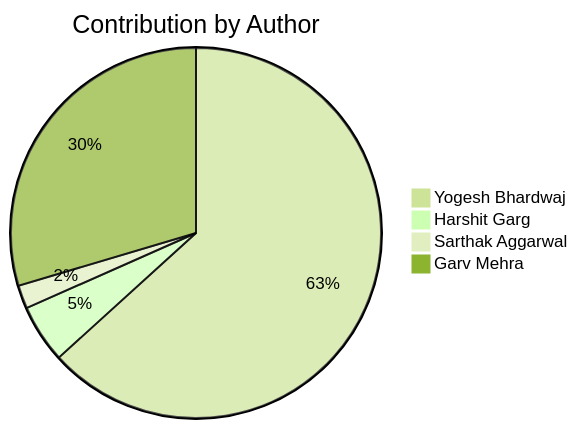
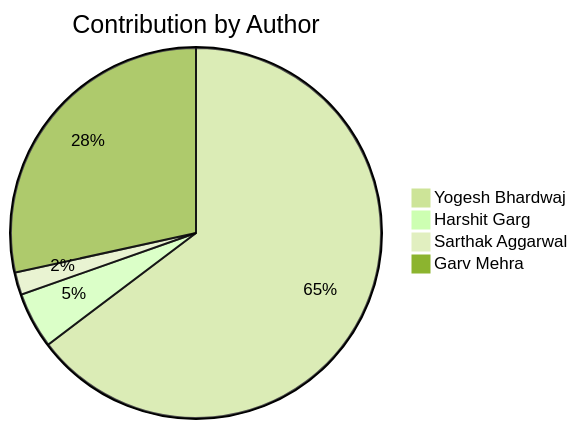
Before and after one commit to Yogesh-Bhardwaj-hue/Scm-Final_2.0: the diagram in README.md, drawn with Mermaid (forest theme). The commit also changed other lines of this file, not shown here.

Commit message:
Update contribution charts

````diff
--- a/README.md
+++ b/README.md
@@ -161,7 +161,7 @@
 ```mermaid
 pie title Contribution by Author
-    "Yogesh Bhardwaj": 62
+    "Yogesh Bhardwaj": 66
     "Harshit Garg": 5
     "Sarthak Aggarwal": 2
     "Garv Mehra": 29
 ```
````
